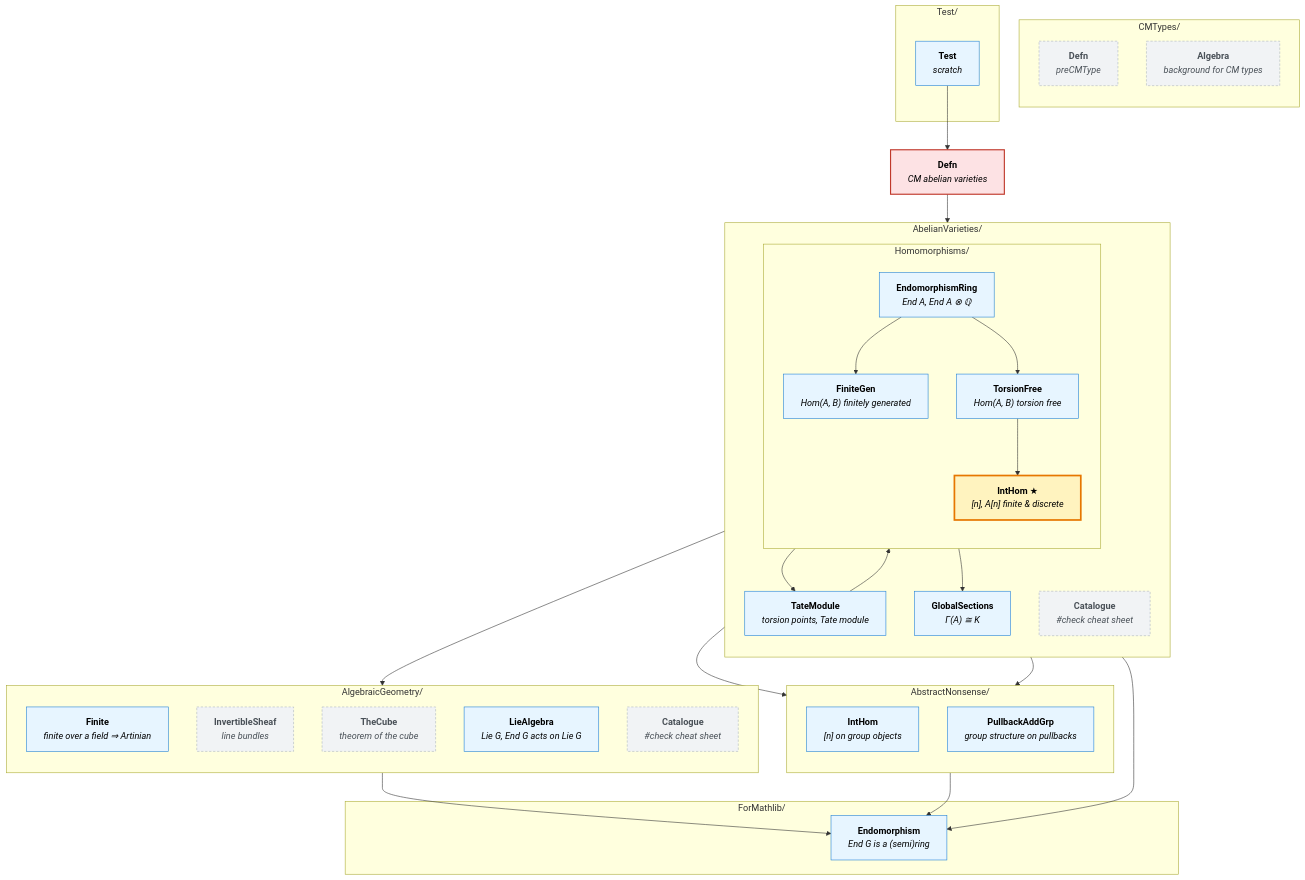
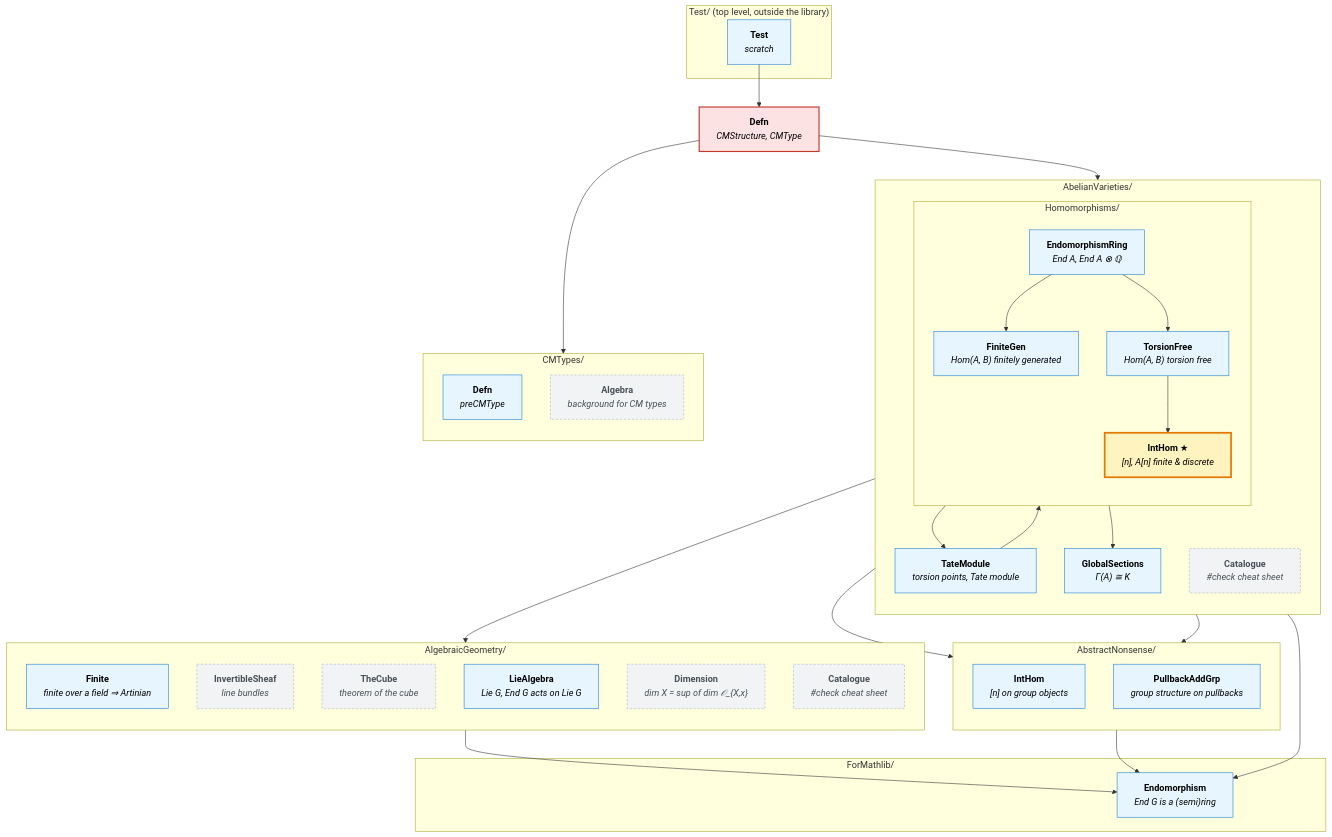
One commit to abhijitaj1997/CMAbelianVarieties changed the diagram in CMAbelianVarieties/MindMap.md. Above: the diagram before and after it, drawn with Mermaid. The commit also changed other lines of this file and 2 other files, not shown here.

Commit message:
chore: complete end-of-session checklist

````diff
--- a/CMAbelianVarieties/MindMap.md
+++ b/CMAbelianVarieties/MindMap.md
@@ -9,7 +9,7 @@
 ```mermaid
 graph TD
   %% ---------- top level ----------
-  Defn["<b>Defn</b><br/><i>CM abelian varieties</i>"]
+  Defn["<b>Defn</b><br/><i>CMStructure, CMType</i>"]
 
   %% ---------- AbelianVarieties ----------
   subgraph AV["AbelianVarieties/"]
@@ -40,6 +40,7 @@
     InvertibleSheaf["<b>InvertibleSheaf</b><br/><i>line bundles</i>"]
     TheCube["<b>TheCube</b><br/><i>theorem of the cube</i>"]
     LieAlgebra["<b>LieAlgebra</b><br/><i>Lie G, End G acts on Lie G</i>"]
+    Dimension["<b>Dimension</b><br/><i>dim X = sup of dim 𝒪_{X,x}</i>"]
     AGCatalogue["<b>Catalogue</b><br/><i>#check cheat sheet</i>"]
   end
 
@@ -56,12 +57,13 @@
   end
 
   %% ---------- Test ----------
-  subgraph T["Test/"]
+  subgraph T["Test/ (top level, outside the library)"]
     Test["<b>Test</b><br/><i>scratch</i>"]
   end
 
   %% ---------- imports ----------
   Defn --> EndomorphismRing
+  Defn --> CMDefn
   EndomorphismRing --> FiniteGen
   EndomorphismRing --> TorsionFree
   EndomorphismRing --> Endomorphism
@@ -84,6 +86,6 @@
 
   class Defn goal
   class IntHomAV hub
-  class EndomorphismRing,FiniteGen,TorsionFree,TateModule,GlobalSections,IntHomAN,PullbackAddGrp,Finite,Endomorphism,LieAlgebra,Test connected
-  class AVCatalogue,InvertibleSheaf,TheCube,AGCatalogue,CMDefn,CMAlgebra unused
+  class EndomorphismRing,FiniteGen,TorsionFree,TateModule,GlobalSections,IntHomAN,PullbackAddGrp,Finite,Endomorphism,LieAlgebra,CMDefn,Test connected
+  class AVCatalogue,InvertibleSheaf,TheCube,AGCatalogue,Dimension,CMAlgebra unused
 ```
````
